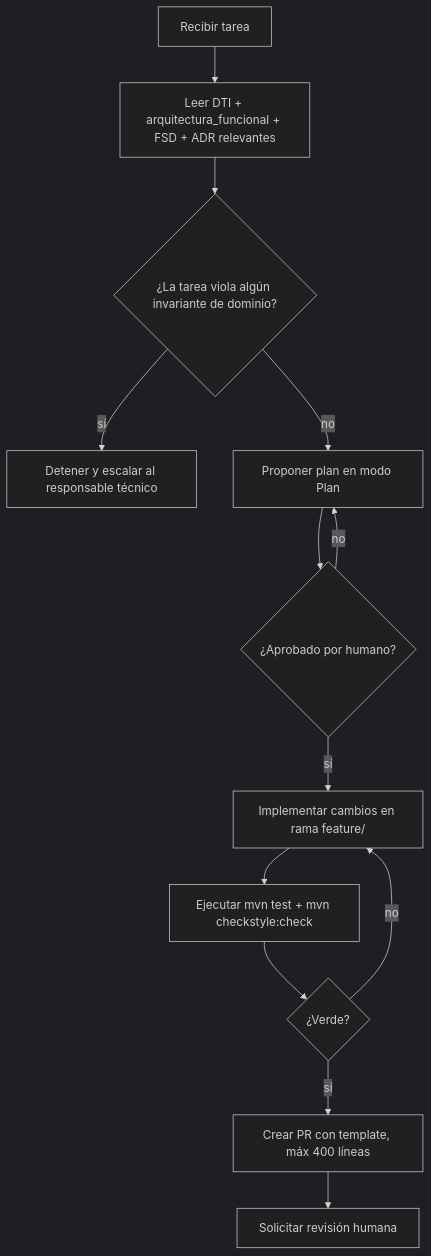
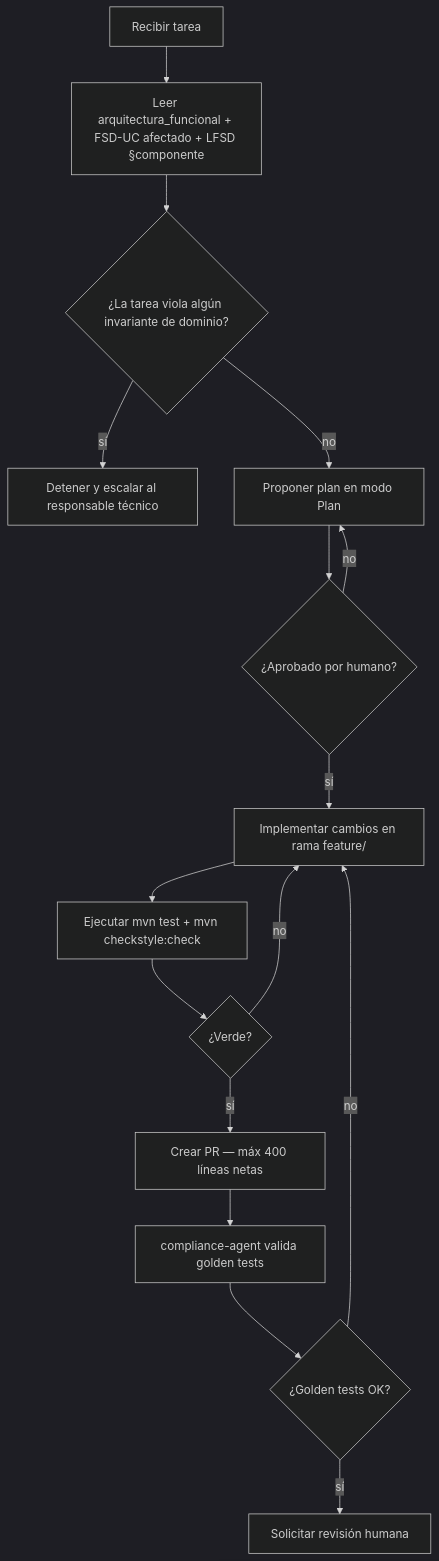
The diagram in docs/AGENTS.md (aspeti/edusync_m4), drawn with Mermaid (dark theme) before and after one commit. The commit also changed other lines of this file and 12 other files, not shown here.

````diff
--- a/docs/AGENTS.md
+++ b/docs/AGENTS.md
@@ -182,15 +238,18 @@
 ```mermaid
 flowchart TD
-  A[Recibir tarea] --> B[Leer DTI + arquitectura_funcional + FSD + ADR relevantes]
+  A[Recibir tarea] --> B[Leer arquitectura_funcional + FSD-UC afectado + LFSD §componente]
   B --> C{¿La tarea viola algún invariante de dominio?}
   C -- sí --> Z[Detener y escalar al responsable técnico]
   C -- no --> D[Proponer plan en modo Plan]
   D --> E{¿Aprobado por humano?}
   E -- no --> D
   E -- sí --> F[Implementar cambios en rama feature/]
   F --> G[Ejecutar mvn test + mvn checkstyle:check]
   G --> H{¿Verde?}
   H -- no --> F
-  H -- sí --> I[Crear PR con template, máx 400 líneas]
-  I --> J[Solicitar revisión humana]
+  H -- sí --> I[Crear PR — máx 400 líneas netas]
+  I --> J[compliance-agent valida golden tests]
+  J --> K{¿Golden tests OK?}
+  K -- no --> F
+  K -- sí --> L[Solicitar revisión humana]
 ```
````
